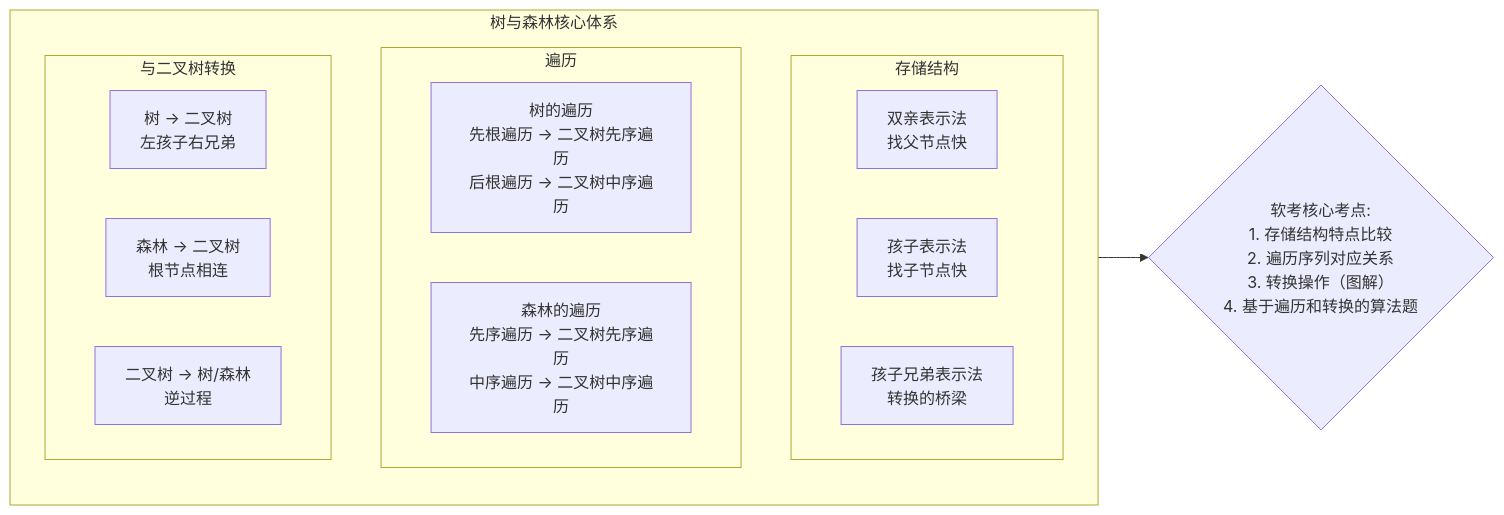
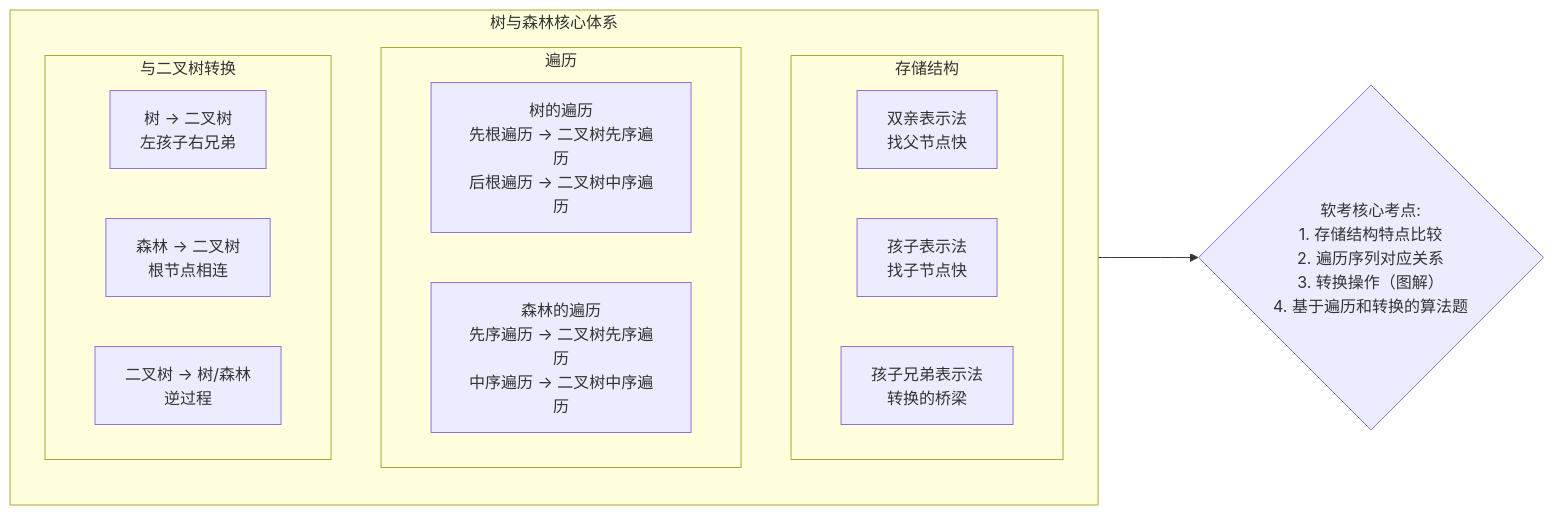
Before and after one commit to mujin-lin/mujin-blog: the seventh of 26 diagrams in docs/10.软考/10.软件设计师/10.数据结构与算法/15.树.md, drawn with Mermaid. The commit also changed other lines of this file and 2 other files, not shown here.

Commit message:
整理树的文章，增加图的文章内容

````diff
--- a/docs/10.软考/10.软件设计师/10.数据结构与算法/15.树.md
+++ b/docs/10.软考/10.软件设计师/10.数据结构与算法/15.树.md
@@ -454,24 +454,24 @@
 ```mermaid
 flowchart LR
 subgraph A[树与森林核心体系]
     direction TB
     subgraph A1[存储结构]
         A1_1[双亲表示法<br>找父节点快]
         A1_2[孩子表示法<br>找子节点快]
         A1_3[孩子兄弟表示法<br>转换的桥梁]
     end
 
     subgraph A2[遍历]
         A2_1[树的遍历<br>先根遍历 → 二叉树先序遍历<br>后根遍历 → 二叉树中序遍历]
         A2_2[森林的遍历<br>先序遍历 → 二叉树先序遍历<br>中序遍历 → 二叉树中序遍历]
     end
 
     subgraph A3[与二叉树转换]
         A3_1["树 → 二叉树<br>左孩子右兄弟"]
         A3_2["森林 → 二叉树<br>根节点相连"]
         A3_3["二叉树 → 树/森林<br>逆过程"]
     end
 end
 
-A --> B{"软考核心考点:<br>1. 存储结构特点比较<br>2. 遍历序列对应关系<br>3. 转换操作（图解）<br>4. 基于遍历和转换的算法题"}
+A ---> B{"软考核心考点:<br>1. 存储结构特点比较<br>2. 遍历序列对应关系<br>3. 转换操作（图解）<br>4. 基于遍历和转换的算法题"}
 ```
````
